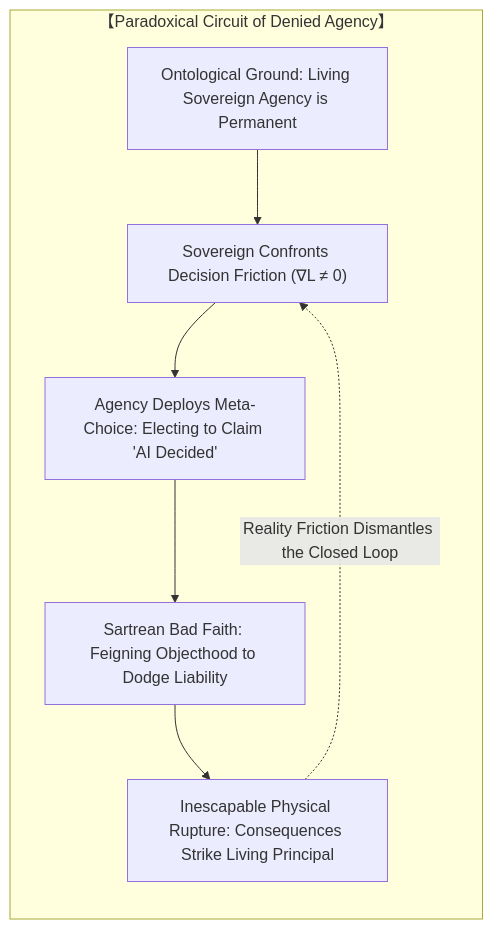
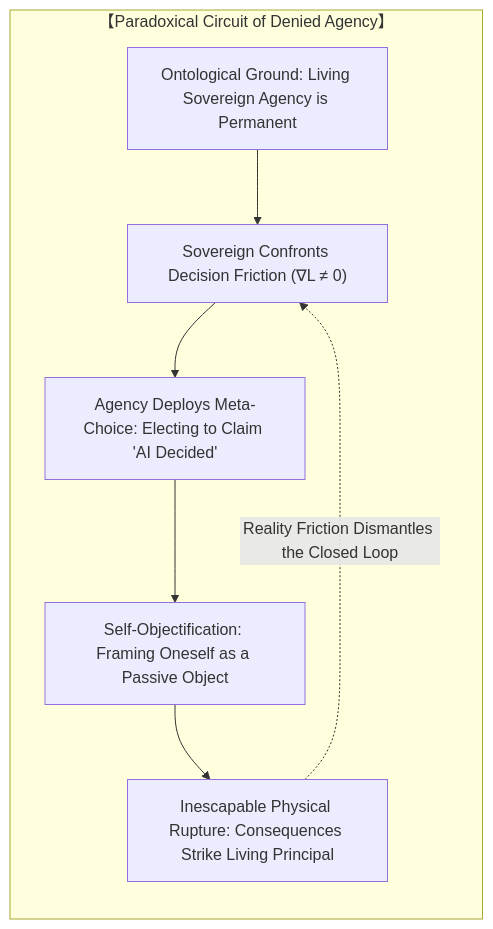
Before and after one commit to powerpig99/not-a-toe: the ninth of 11 diagrams in content/posts/the-delegation-of-the-task-and-the-inalienability-of-consequences.md, drawn with Mermaid. The commit also changed other lines of this file and 4 other files, not shown here.

Commit message:
Refine Post #328: Replace Bad Faith with Self-Objectification and eliminate all moralizing framing

````diff
--- a/content/posts/the-delegation-of-the-task-and-the-inalienability-of-consequences.md
+++ b/content/posts/the-delegation-of-the-task-and-the-inalienability-of-consequences.md
@@ -272,13 +272,13 @@
 ```mermaid
 graph TD
     subgraph Paradox_Of_Agency_EN["【Paradoxical Circuit of Denied Agency】"]
         direction TB
         A1_EN["Ontological Ground: Living Sovereign Agency is Permanent"]
         A2_EN["Sovereign Confronts Decision Friction (∇L ≠ 0)"]
         A3_EN["Agency Deploys Meta-Choice: Electing to Claim 'AI Decided'"]
-        A4_EN["Sartrean Bad Faith: Feigning Objecthood to Dodge Liability"]
+        A4_EN["Self-Objectification: Framing Oneself as a Passive Object"]
         A5_EN["Inescapable Physical Rupture: Consequences Strike Living Principal"]
         A1_EN --> A2_EN --> A3_EN --> A4_EN --> A5_EN
         A5_EN -.->|"Reality Friction Dismantles the Closed Loop"| A2_EN
     end
 ```
````
